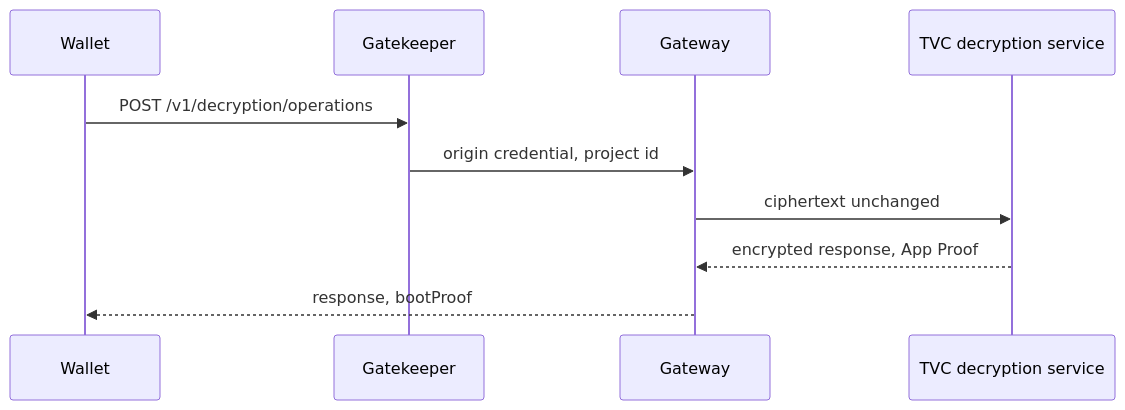
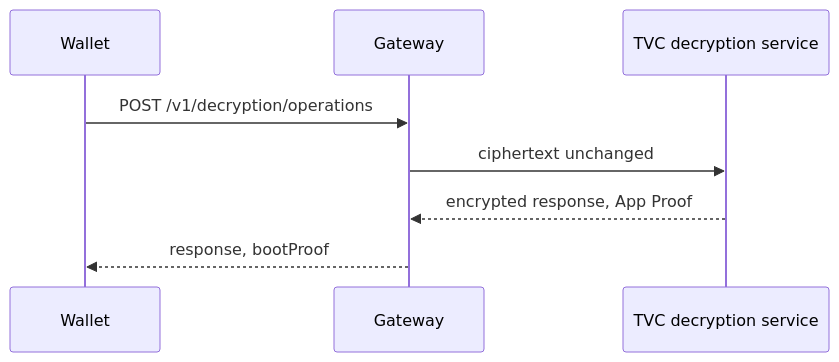
One commit to helius-labs/spr-tvc changed the second of 5 diagrams in docs/spec.md. Above: the diagram before and after it, drawn with Mermaid. The commit also changed other lines of this file and 3 other files, not shown here.

````diff
--- a/docs/spec.md
+++ b/docs/spec.md
@@ -79,13 +78,11 @@
 ```mermaid
 sequenceDiagram
     participant Wallet
-    participant Gatekeeper
     participant Gateway
     participant Service as TVC decryption service
 
-    Wallet->>Gatekeeper: POST /v1/decryption/operations
-    Gatekeeper->>Gateway: origin credential, project id
+    Wallet->>Gateway: POST /v1/decryption/operations
     Gateway->>Service: ciphertext unchanged
     Service-->>Gateway: encrypted response, App Proof
     Gateway-->>Wallet: response, bootProof
 ```
````
